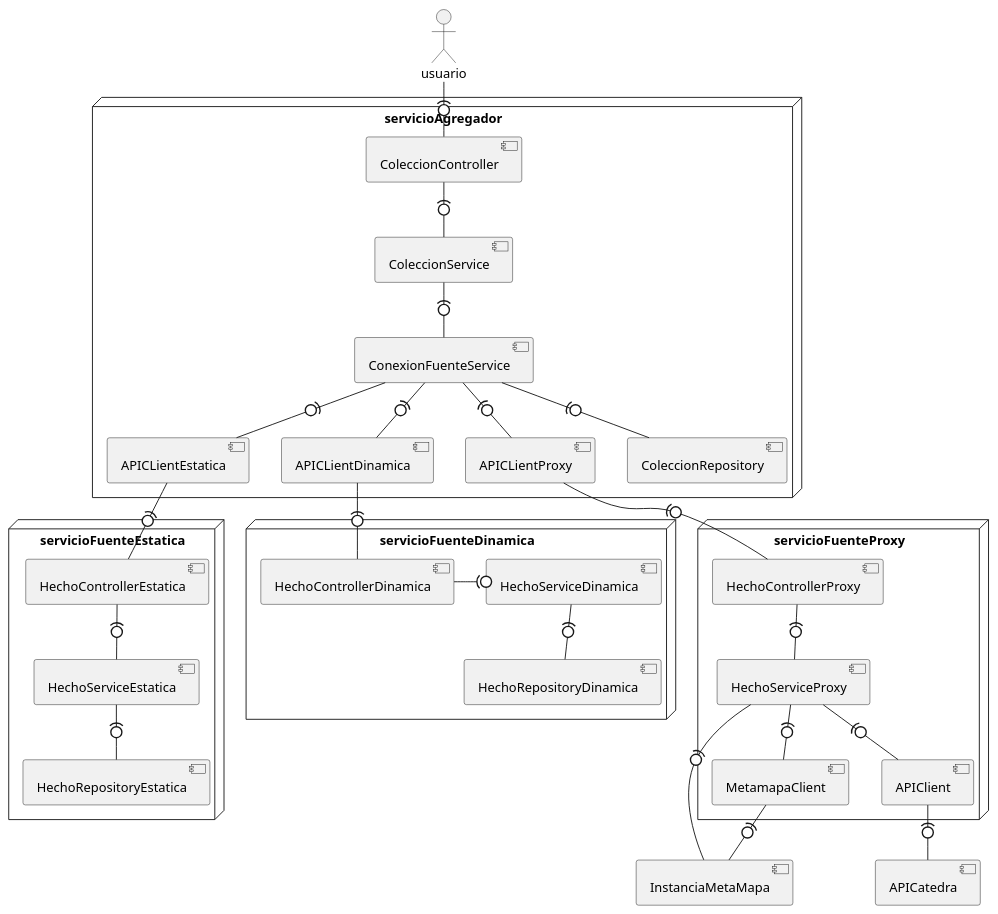
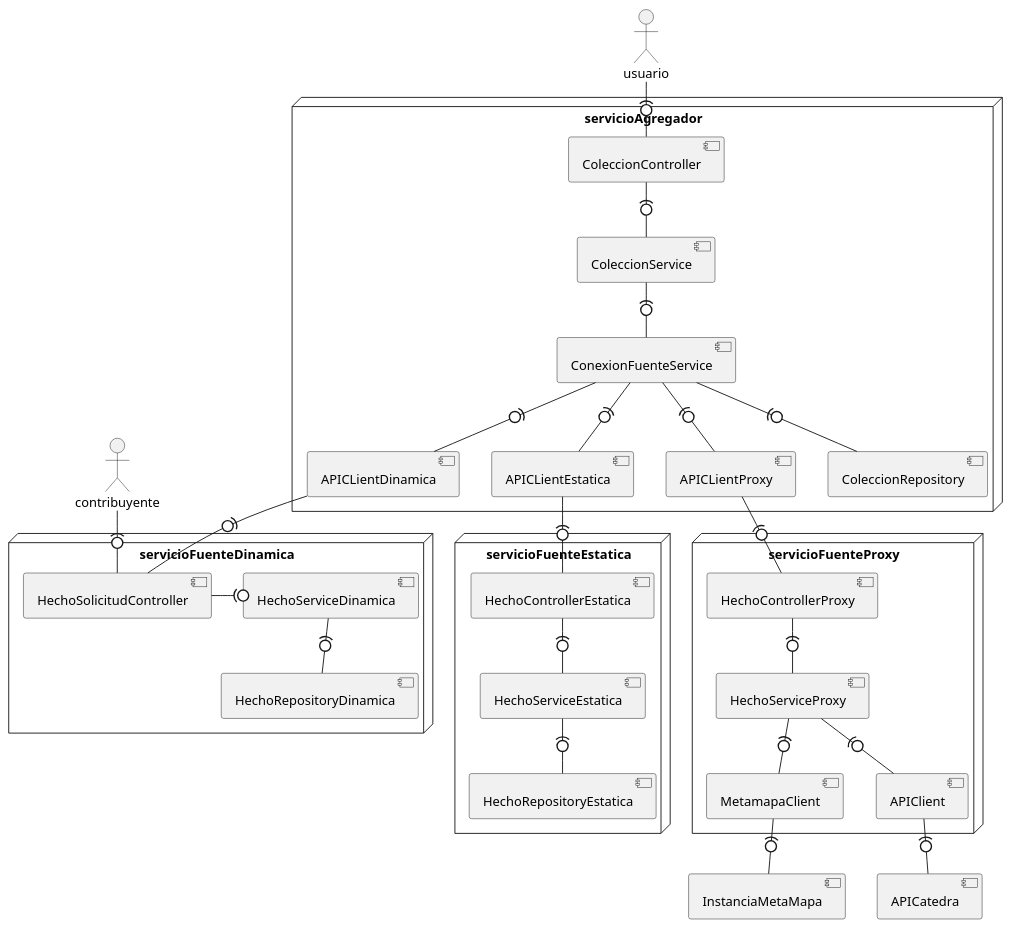
One commit to valenap-utn/metamapa-utn-2025 changed the diagram in entregables/entrega-2/DiagramaDeDespliegue.puml. Above: the diagram before and after it, drawn with PlantUML. The commit also changed 37 other files, not shown here.

Commit message:
Renombre algunas clases y completé diagramas

```diff
--- a/entregables/entrega-2/DiagramaDeDespliegue.puml
+++ b/entregables/entrega-2/DiagramaDeDespliegue.puml
@@ -1,69 +1,67 @@
 @startuml
 'https://plantuml.com/deployment-diagram
 
 actor usuario
-
 node servicioAgregador {
 component ColeccionService
 component ColeccionController
 component ConexionFuenteService
 component APICLientEstatica
 component APICLientDinamica
 component APICLientProxy
 component ColeccionRepository
 }
 
 ColeccionController -(0- ColeccionService
 ColeccionService -(0- ConexionFuenteService
 ConexionFuenteService -(0- ColeccionRepository
 usuario -(0- ColeccionController
 ConexionFuenteService -(0- APICLientDinamica
 ConexionFuenteService -(0- APICLientEstatica
 ConexionFuenteService -(0- APICLientProxy
 
 node servicioFuenteDinamica {
-component HechoControllerDinamica
+component HechoSolicitudController
 component HechoServiceDinamica
 component HechoRepositoryDinamica
 }
 
-HechoControllerDinamica -(0 HechoServiceDinamica
+HechoSolicitudController -(0 HechoServiceDinamica
 HechoServiceDinamica -(0- HechoRepositoryDinamica
-
+actor contribuyente
+contribuyente -(0- HechoSolicitudController
 
 node servicioFuenteEstatica {
 component HechoControllerEstatica
 component HechoServiceEstatica
 component HechoRepositoryEstatica
 }
 HechoControllerEstatica -(0- HechoServiceEstatica
 HechoServiceEstatica -(0- HechoRepositoryEstatica
 
 
 node servicioFuenteProxy {
 component HechoControllerProxy
 component HechoServiceProxy
 component MetamapaClient
 component APIClient
 }
 
 HechoControllerProxy -(0- HechoServiceProxy
 HechoServiceProxy -(0- MetamapaClient
 HechoServiceProxy -(0- APIClient
 
 component InstanciaMetaMapa
 component APICatedra
 MetamapaClient -(0- InstanciaMetaMapa
 APIClient -(0- APICatedra
 
 
 
-HechoServiceProxy -(0- InstanciaMetaMapa
-
 APICLientEstatica -(0- HechoControllerEstatica
-APICLientDinamica -(0- HechoControllerDinamica
+APICLientDinamica -(0- HechoSolicitudController
 APICLientProxy -(0- HechoControllerProxy
 
 
 
 @enduml
```
